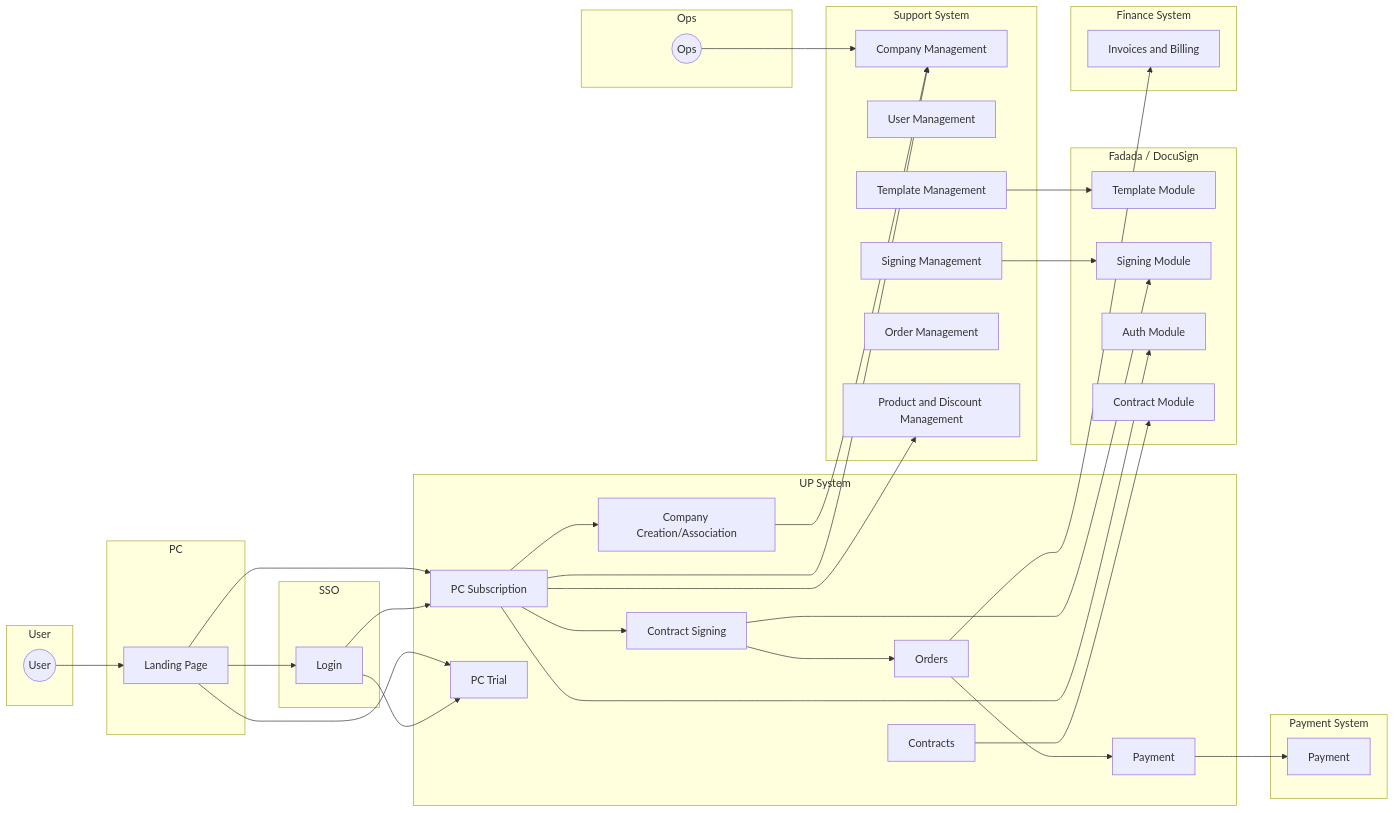
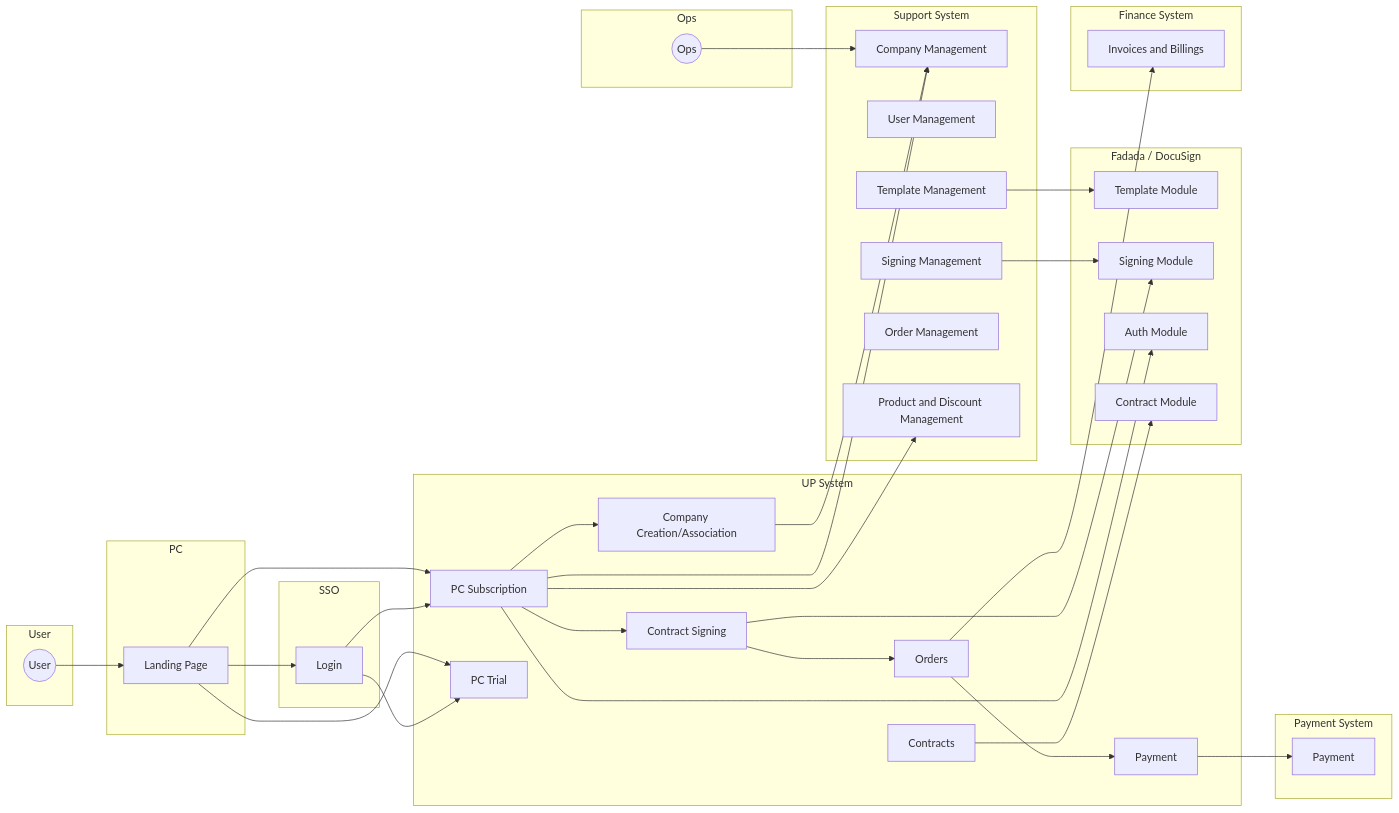
The diagram in arc.mmd (leonwgc/ant-admin-template), drawn with Mermaid before and after one commit.

```diff
--- a/arc.mmd
+++ b/arc.mmd
@@ -1,63 +1,63 @@
 graph LR;
     subgraph User
         U((User))
     end
     subgraph PC
         A0[Landing Page]
     end
     subgraph SSO
         B1[Login]
     end
     subgraph UP System
         C0[Company Creation/Association]
         C1[PC Subscription]
         C2[PC Trial]
         C3[Contract Signing]
         C4[Orders]
         C5[Payment]
         C6[Contracts]
     end
     subgraph Fadada / DocuSign
        D0[Template Module]
        D1[Signing Module]
        D2[Auth Module]
        D3[Contract Module]
     end
     subgraph Ops
      O((Ops))
     end
     subgraph Support System
         E0[Company Management]
         E1[User Management]
         E2[Template Management]
         E3[Signing Management]
         E4[Order Management]
         E5[Product and Discount Management]
     end
     subgraph Payment System
      F0[Payment]
     end
     subgraph Finance System
-     G0[Invoices and Billing]
+     G0[Invoices and Billings]
     end
     C1 --> C0;
     C0 --> E0;
     E3 --> D1;
     E2 --> D0;
     A0 --> C1;
     A0 --> C2;
     A0 --> B1;
     B1 --> C1;
     B1 --> C2;
     C1 --> D2;
     C1 --> C3;
     C3 --> C4;
     C4 --> C5;
     C3 --> D1;
     C5 --> F0;
     C1 --> E0;
     U --> A0;
     O --> E0;
     C1--> E5;
     C4--> G0;
     C6--> D3;
```
